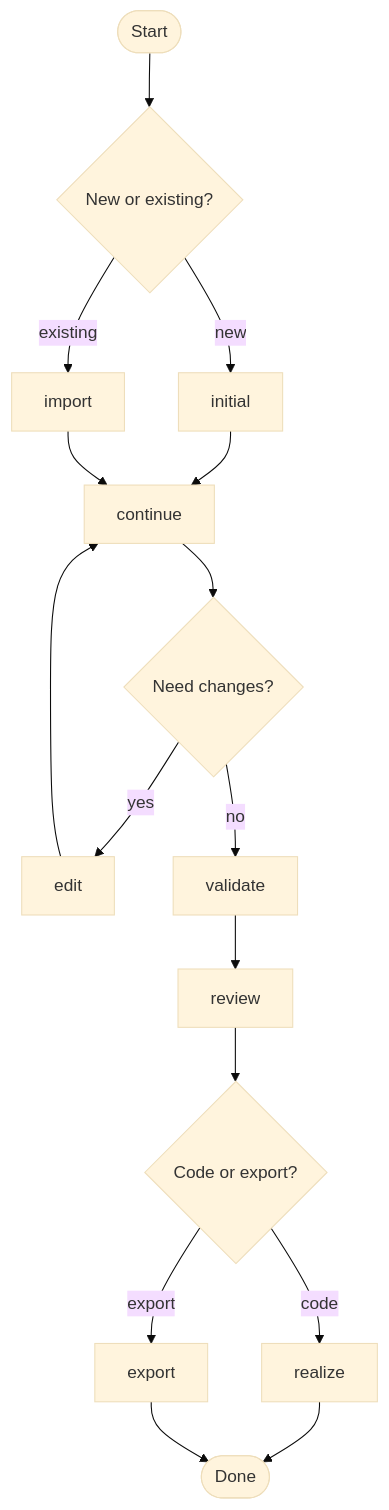
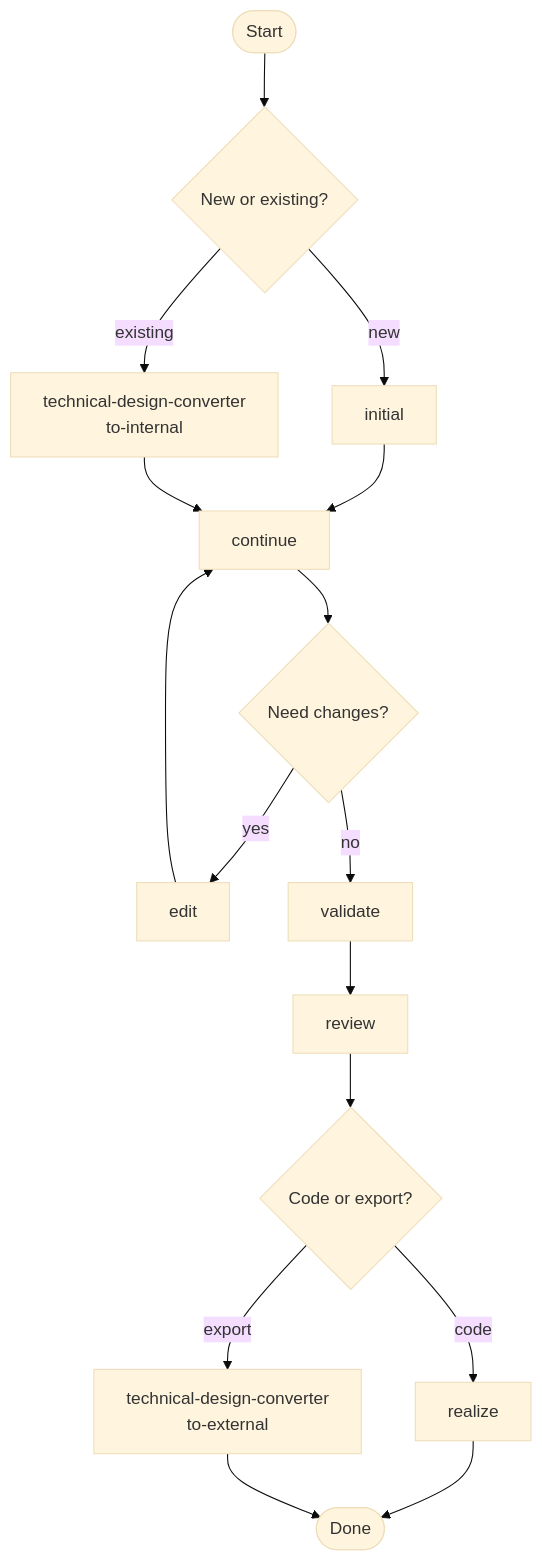
The diagram in README.md (ilsrk/technical-design), drawn with Mermaid (base theme) before and after one commit. The commit also changed other lines of this file and 6 other files, not shown here.

Commit message:
Move export and import to converter skill

````diff
--- a/README.md
+++ b/README.md
@@ -14,18 +14,18 @@
 ```mermaid
 flowchart TD
   start([Start]) --> entry{New or existing?}
   entry -->|new| initial[initial]
-  entry -->|existing| import[import]
+  entry -->|existing| converterIn[technical-design-converter<br/>to-internal]
   initial --> continue[continue]
-  import --> continue
+  converterIn --> continue
   continue --> needEdit{Need changes?}
   needEdit -->|yes| edit[edit]
   edit --> continue
   needEdit -->|no| validate[validate]
   validate --> review[review]
   review --> finish{Code or export?}
   finish -->|code| realize[realize]
-  finish -->|export| export[export]
+  finish -->|export| converterOut[technical-design-converter<br/>to-external]
   realize --> done([Done])
-  export --> done
+  converterOut --> done
 ```
````
